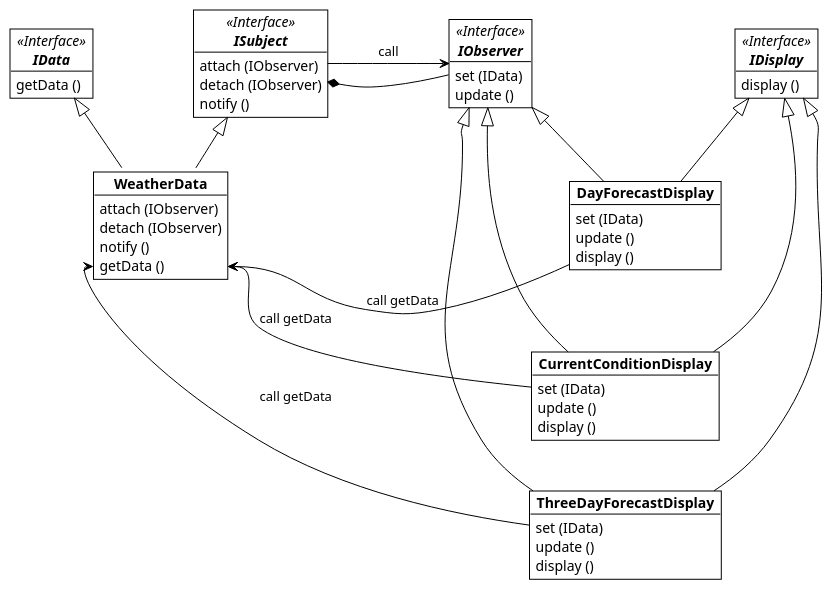
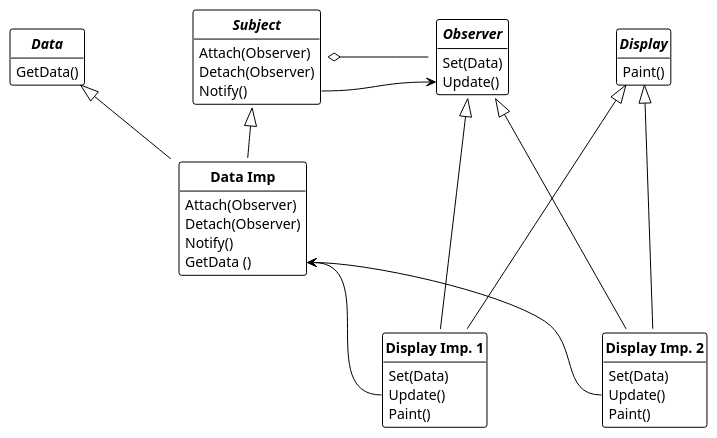
The second of 2 diagrams in behavioral_pattern/observer/observer.md (dst80/design-patterns), drawn with PlantUML before and after one commit. The commit also changed other lines of this file and 10 other files, not shown here.

````diff
--- a/behavioral_pattern/observer/observer.md
+++ b/behavioral_pattern/observer/observer.md
@@ -83,69 +80,65 @@
 ```plantuml
 @startuml pull_observer
 !theme plain
 skinparam nodesep 100
 skinparam ranksep 50
+hide fields
+hide circle
+
 together {
-    object "//<<Interface>>//\n**//IData//**" as IData {
-        getData ()
+    interface "**Data**" as Data {
+        GetData()
     }
 
-    object "//<<Interface>>//\n**//ISubject//**" as ISubject {
-        attach (IObserver) 
-        detach (IObserver)
-        notify ()
+    interface "**Subject**" as Subject {
+        Attach(Observer) 
+        Detach(Observer)
+        Notify()
     }
-    object "**WeatherData**" as WeatherData {
-        attach (IObserver)
-        detach (IObserver)
-        notify ()
-
-        getData ()
+    class "**Data Imp**" as DataImp {
+        Attach(Observer)
+        Detach(Observer)
+        Notify()
+        GetData ()
     }
+    Data <|-- DataImp
+    Subject <|-- DataImp
 }
 
 together {
-    object "//<<Interface>>//\n**//IObserver//**" as IObserver {
-        set (IData)
-        update ()
+    together {
+    interface "**Observer**" as Observer {
+        Set(Data)
+        Update()
     }
-    object "//<<Interface>>//\n**//IDisplay//**" as IDisplay {
-        display ()
+    Interface "**Display**" as Display {
+        Paint()
+    }
     }
     together {
-        object "**CurrentConditionDisplay**" as CurrentConditionDisplay {
-            set (IData)
-            update ()
-            display ()
+        class "**Display Imp. 1**" as Display1 {
+            Set(Data)
+            Update()
+            Paint()
         }
-        object "**DayForecastDisplay**" as DayForecastDisplay {
-            set (IData)
-            update ()
-            display ()
-        }
-        object "**ThreeDayForecastDisplay**" as ThreeDayForecastDisplay {
-            set (IData)
-            update ()
-            display ()
+        class "**Display Imp. 2**" as Display2 {
+            Set(Data)
+            Update()
+            Paint()
         }
     }
+    Observer <|-- Display1
+    Observer <|--- Display2
+    Display <|-- Display1
+    Display <|-- Display2
+
 }
 
-ISubject *- IObserver : ""
-ISubject -> IObserver : call
-IData <|-- WeatherData
-ISubject <|-- WeatherData
-IObserver -[hidden] IDisplay
-IDisplay <|-- DayForecastDisplay
-IObserver <|-- DayForecastDisplay
-IDisplay <|--- CurrentConditionDisplay
-IObserver <|--- CurrentConditionDisplay
-IObserver <|---- ThreeDayForecastDisplay
-IDisplay <|---- ThreeDayForecastDisplay
-WeatherData::getData <- CurrentConditionDisplay  : call getData
-WeatherData::getData <- DayForecastDisplay : call getData
-WeatherData::getData <- ThreeDayForecastDisplay : call getData
-DayForecastDisplay --[hidden] CurrentConditionDisplay
-CurrentConditionDisplay --[hidden]d ThreeDayForecastDisplay
+Subject o-r Observer
+
+DataImp::GetData <- Display1::Update 
+DataImp::GetData <- Display2::Update 
+Subject::Notify -> Observer::Update
+
 @enduml
 ```
````
